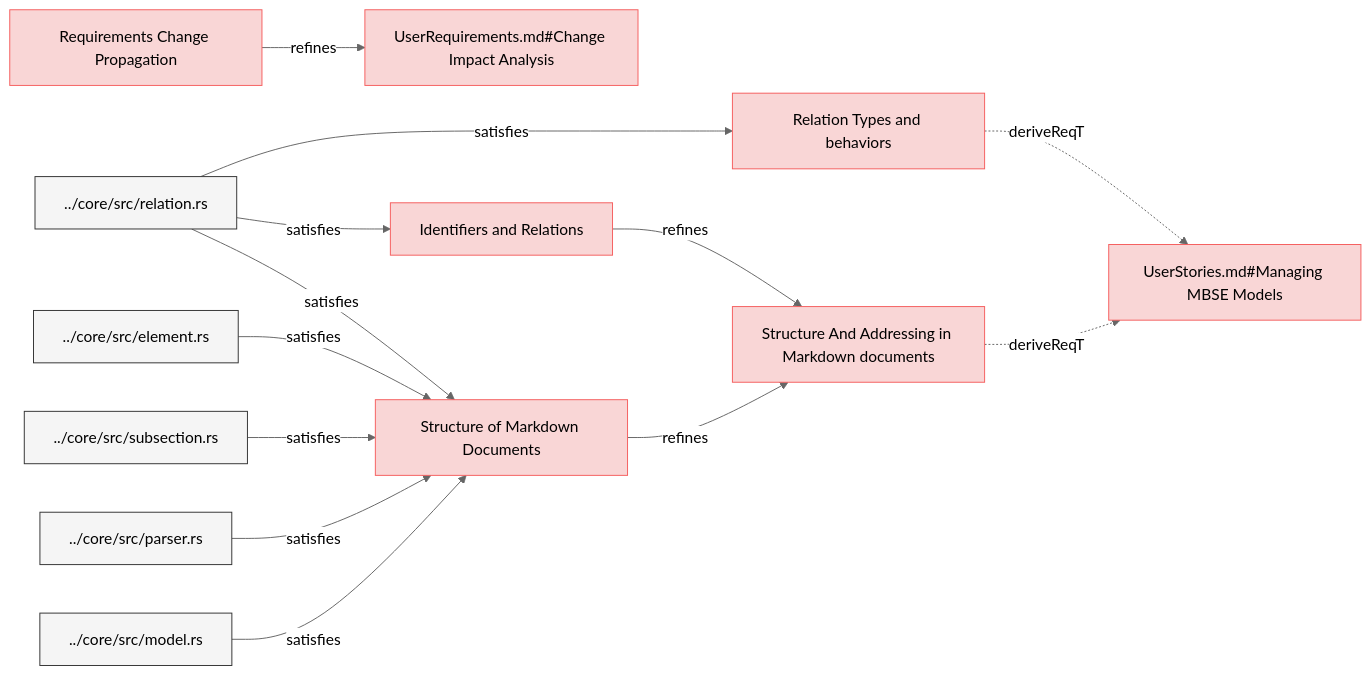
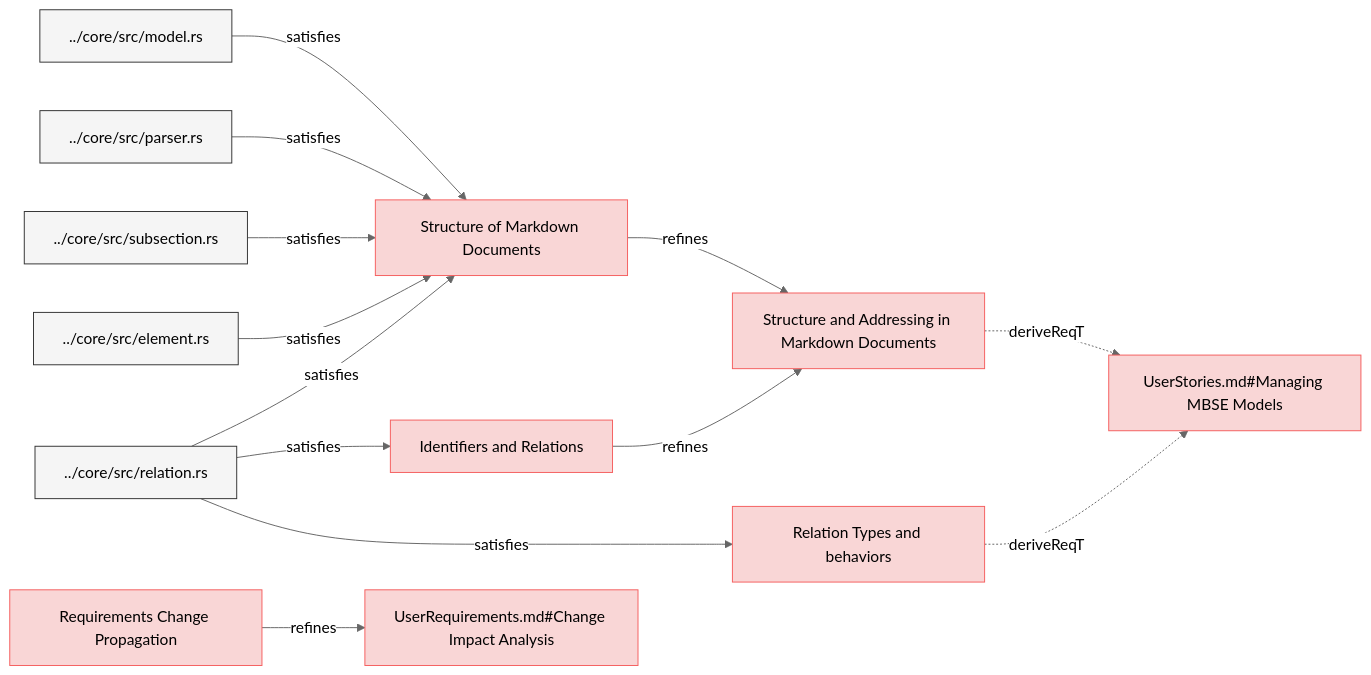
One commit to reqvire-org/reqvire changed the first of 3 diagrams in specifications/SpecificationsRequirements.md. Above: the diagram before and after it, drawn with Mermaid (neutral theme). The commit also changed 15 other files, not shown here.

Commit message:
Linted and new diagrams generated.

````diff
--- a/specifications/SpecificationsRequirements.md
+++ b/specifications/SpecificationsRequirements.md
@@ -4,57 +4,57 @@
 ```mermaid
 graph LR;
   %% Graph styling
   classDef requirement fill:#f9d6d6,stroke:#f55f5f,stroke-width:1px;
   classDef verification fill:#d6f9d6,stroke:#5fd75f,stroke-width:1px;
   classDef externalLink fill:#d0e0ff,stroke:#3080ff,stroke-width:1px;
   classDef default fill:#f5f5f5,stroke:#333333,stroke-width:1px;
 
-  d914e938be7e0abf["Requirements Change Propagation"];
-  click d914e938be7e0abf "https://github.com/Reqvire/reqvire/blob/f18e52f9f88c64f67a79abc4e93eb74b3ec22615/specifications/SpecificationsRequirements.md#requirements-change-propagation";
-  class d914e938be7e0abf requirement;
-  c699ef8d6d1f99d1["UserRequirements.md#Change Impact Analysis"];
-  class c699ef8d6d1f99d1 requirement;
-  click c699ef8d6d1f99d1 "https://github.com/Reqvire/reqvire/blob/f18e52f9f88c64f67a79abc4e93eb74b3ec22615/specifications/UserRequirements.md#change-impact-analysis";
-  d914e938be7e0abf -->|refines| c699ef8d6d1f99d1;
-  34ac784ed0e00552["Identifiers and Relations"];
-  click 34ac784ed0e00552 "https://github.com/Reqvire/reqvire/blob/f18e52f9f88c64f67a79abc4e93eb74b3ec22615/specifications/SpecificationsRequirements.md#identifiers-and-relations";
-  class 34ac784ed0e00552 requirement;
-  a9d2746640af5d30["Structure And Addressing in Markdown documents"];
+  a9d2746640af5d30["Structure and Addressing in Markdown Documents"];
+  click a9d2746640af5d30 "https://github.com/Reqvire/reqvire/blob/b8c43d2689b933838bf1838d8a4cdf3393c9014f/specifications/SpecificationsRequirements.md#structure-and-addressing-in-markdown-documents";
   class a9d2746640af5d30 requirement;
-  click a9d2746640af5d30 "https://github.com/Reqvire/reqvire/blob/f18e52f9f88c64f67a79abc4e93eb74b3ec22615/specifications/SpecificationsRequirements.md#structure-and-addressing-in-markdown-documents";
-  34ac784ed0e00552 -->|refines| a9d2746640af5d30;
+  c75ac8fa29479ca5["UserStories.md#Managing MBSE Models"];
+  class c75ac8fa29479ca5 requirement;
+  click c75ac8fa29479ca5 "https://github.com/Reqvire/reqvire/blob/b8c43d2689b933838bf1838d8a4cdf3393c9014f/specifications/UserStories.md#managing-mbse-models";
+  a9d2746640af5d30 -.->|deriveReqT| c75ac8fa29479ca5;
+  29eb679eef252d12["Relation Types and behaviors"];
+  click 29eb679eef252d12 "https://github.com/Reqvire/reqvire/blob/b8c43d2689b933838bf1838d8a4cdf3393c9014f/specifications/SpecificationsRequirements.md#relation-types-and-behaviors";
+  class 29eb679eef252d12 requirement;
+  29eb679eef252d12 -.->|deriveReqT| c75ac8fa29479ca5;
   a01a924ab0c27629["../core/src/relation.rs"];
   class a01a924ab0c27629 default;
-  click a01a924ab0c27629 "https://github.com/Reqvire/reqvire/blob/f18e52f9f88c64f67a79abc4e93eb74b3ec22615/core/src/relation.rs";
+  click a01a924ab0c27629 "https://github.com/Reqvire/reqvire/blob/b8c43d2689b933838bf1838d8a4cdf3393c9014f/core/src/relation.rs";
+  a01a924ab0c27629 -->|satisfies| 29eb679eef252d12;
+  34ac784ed0e00552["Identifiers and Relations"];
+  click 34ac784ed0e00552 "https://github.com/Reqvire/reqvire/blob/b8c43d2689b933838bf1838d8a4cdf3393c9014f/specifications/SpecificationsRequirements.md#identifiers-and-relations";
+  class 34ac784ed0e00552 requirement;
+  34ac784ed0e00552 -->|refines| a9d2746640af5d30;
   a01a924ab0c27629 -->|satisfies| 34ac784ed0e00552;
-  29eb679eef252d12["Relation Types and behaviors"];
-  click 29eb679eef252d12 "https://github.com/Reqvire/reqvire/blob/f18e52f9f88c64f67a79abc4e93eb74b3ec22615/specifications/SpecificationsRequirements.md#relation-types-and-behaviors";
-  class 29eb679eef252d12 requirement;
-  c75ac8fa29479ca5["UserStories.md#Managing MBSE Models"];
-  class c75ac8fa29479ca5 requirement;
-  click c75ac8fa29479ca5 "https://github.com/Reqvire/reqvire/blob/f18e52f9f88c64f67a79abc4e93eb74b3ec22615/specifications/UserStories.md#managing-mbse-models";
-  29eb679eef252d12 -.->|deriveReqT| c75ac8fa29479ca5;
-  a01a924ab0c27629 -->|satisfies| 29eb679eef252d12;
-  a9d2746640af5d30 -.->|deriveReqT| c75ac8fa29479ca5;
   11082285c19e9df["Structure of Markdown Documents"];
-  click 11082285c19e9df "https://github.com/Reqvire/reqvire/blob/f18e52f9f88c64f67a79abc4e93eb74b3ec22615/specifications/SpecificationsRequirements.md#structure-of-markdown-documents";
+  click 11082285c19e9df "https://github.com/Reqvire/reqvire/blob/b8c43d2689b933838bf1838d8a4cdf3393c9014f/specifications/SpecificationsRequirements.md#structure-of-markdown-documents";
   class 11082285c19e9df requirement;
   11082285c19e9df -->|refines| a9d2746640af5d30;
   a01a924ab0c27629 -->|satisfies| 11082285c19e9df;
   3e5e5aa2d6181644["../core/src/element.rs"];
   class 3e5e5aa2d6181644 default;
-  click 3e5e5aa2d6181644 "https://github.com/Reqvire/reqvire/blob/f18e52f9f88c64f67a79abc4e93eb74b3ec22615/core/src/element.rs";
+  click 3e5e5aa2d6181644 "https://github.com/Reqvire/reqvire/blob/b8c43d2689b933838bf1838d8a4cdf3393c9014f/core/src/element.rs";
   3e5e5aa2d6181644 -->|satisfies| 11082285c19e9df;
   aaf2fdce0a90bd2c["../core/src/subsection.rs"];
   class aaf2fdce0a90bd2c default;
-  click aaf2fdce0a90bd2c "https://github.com/Reqvire/reqvire/blob/f18e52f9f88c64f67a79abc4e93eb74b3ec22615/core/src/subsection.rs";
+  click aaf2fdce0a90bd2c "https://github.com/Reqvire/reqvire/blob/b8c43d2689b933838bf1838d8a4cdf3393c9014f/core/src/subsection.rs";
   aaf2fdce0a90bd2c -->|satisfies| 11082285c19e9df;
   dfd639447d711d62["../core/src/parser.rs"];
   class dfd639447d711d62 default;
-  click dfd639447d711d62 "https://github.com/Reqvire/reqvire/blob/f18e52f9f88c64f67a79abc4e93eb74b3ec22615/core/src/parser.rs";
+  click dfd639447d711d62 "https://github.com/Reqvire/reqvire/blob/b8c43d2689b933838bf1838d8a4cdf3393c9014f/core/src/parser.rs";
   dfd639447d711d62 -->|satisfies| 11082285c19e9df;
   36fd2b1e82621caf["../core/src/model.rs"];
   class 36fd2b1e82621caf default;
-  click 36fd2b1e82621caf "https://github.com/Reqvire/reqvire/blob/f18e52f9f88c64f67a79abc4e93eb74b3ec22615/core/src/model.rs";
+  click 36fd2b1e82621caf "https://github.com/Reqvire/reqvire/blob/b8c43d2689b933838bf1838d8a4cdf3393c9014f/core/src/model.rs";
   36fd2b1e82621caf -->|satisfies| 11082285c19e9df;
+  d914e938be7e0abf["Requirements Change Propagation"];
+  click d914e938be7e0abf "https://github.com/Reqvire/reqvire/blob/b8c43d2689b933838bf1838d8a4cdf3393c9014f/specifications/SpecificationsRequirements.md#requirements-change-propagation";
+  class d914e938be7e0abf requirement;
+  c699ef8d6d1f99d1["UserRequirements.md#Change Impact Analysis"];
+  class c699ef8d6d1f99d1 requirement;
+  click c699ef8d6d1f99d1 "https://github.com/Reqvire/reqvire/blob/b8c43d2689b933838bf1838d8a4cdf3393c9014f/specifications/UserRequirements.md#change-impact-analysis";
+  d914e938be7e0abf -->|refines| c699ef8d6d1f99d1;
 ```
````
